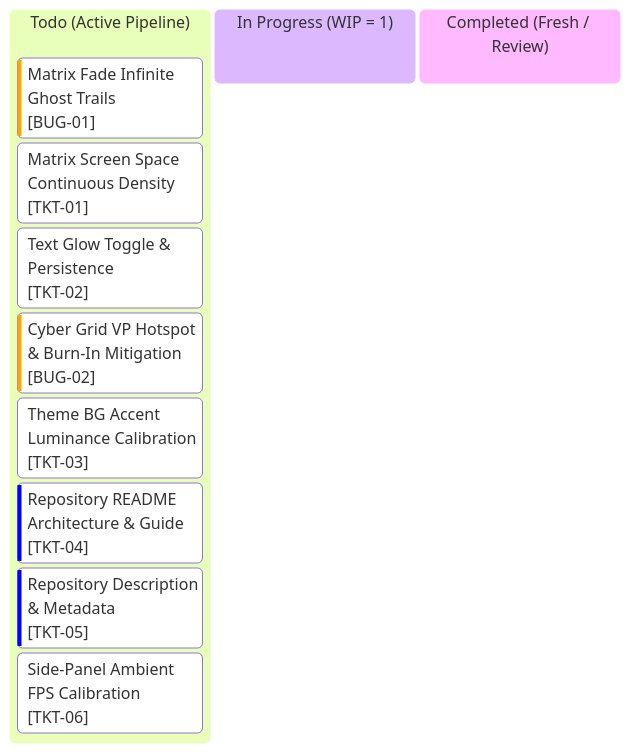
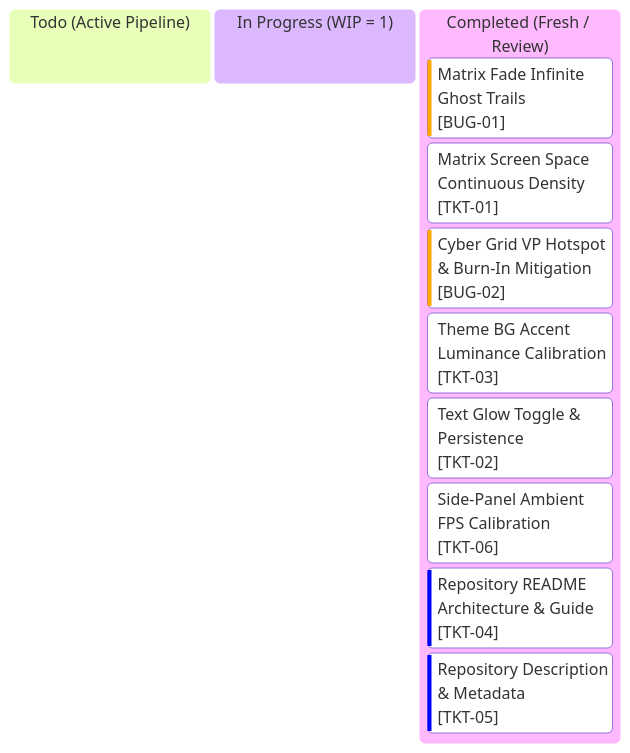
Before and after one commit to AlitheiaDeus/Clockity: the diagram in kanban.md, drawn with Mermaid. The commit also changed other lines of this file and 2 other files, not shown here.

Commit message:
feat: complete Phase 1-4 roadmap covering matrix trails, cyber grid burn-in, text glow toggle, theme luminance, side-panel fps, and readme

````diff
--- a/kanban.md
+++ b/kanban.md
@@ -3,14 +3,14 @@
 ```mermaid
 kanban
   todo["Todo (Active Pipeline)"]
+  in_progress["In Progress (WIP = 1)"]
+  completed["Completed (Fresh / Review)"]
     bug01["Matrix Fade Infinite Ghost Trails"]@{ ticket: '[BUG-01]', priority: 'High' }
     tkt01["Matrix Screen Space Continuous Density"]@{ ticket: '[TKT-01]', priority: 'Medium' }
-    tkt02["Text Glow Toggle & Persistence"]@{ ticket: '[TKT-02]', priority: 'Medium' }
     bug02["Cyber Grid VP Hotspot & Burn-In Mitigation"]@{ ticket: '[BUG-02]', priority: 'High' }
     tkt03["Theme BG Accent Luminance Calibration"]@{ ticket: '[TKT-03]', priority: 'Medium' }
+    tkt02["Text Glow Toggle & Persistence"]@{ ticket: '[TKT-02]', priority: 'Medium' }
+    tkt06["Side-Panel Ambient FPS Calibration"]@{ ticket: '[TKT-06]', priority: 'Medium' }
     tkt04["Repository README Architecture & Guide"]@{ ticket: '[TKT-04]', priority: 'Low' }
     tkt05["Repository Description & Metadata"]@{ ticket: '[TKT-05]', priority: 'Low' }
-    tkt06["Side-Panel Ambient FPS Calibration"]@{ ticket: '[TKT-06]', priority: 'Medium' }
-  in_progress["In Progress (WIP = 1)"]
-  completed["Completed (Fresh / Review)"]
 ```
````
